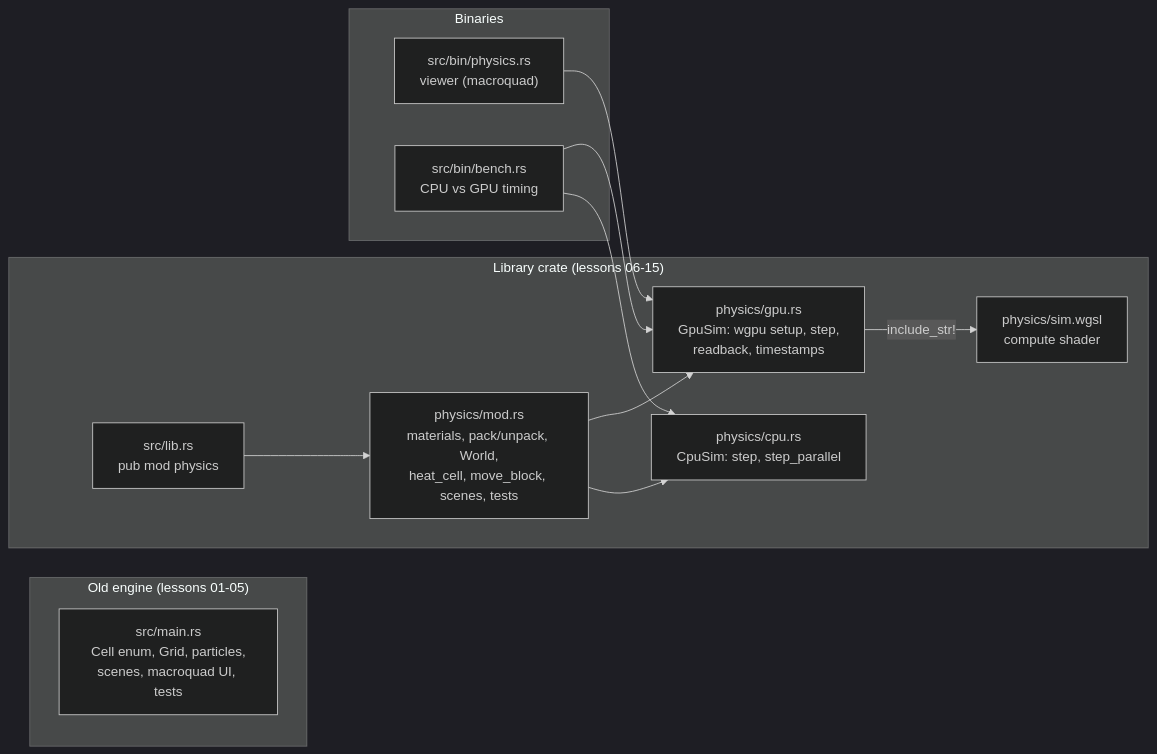
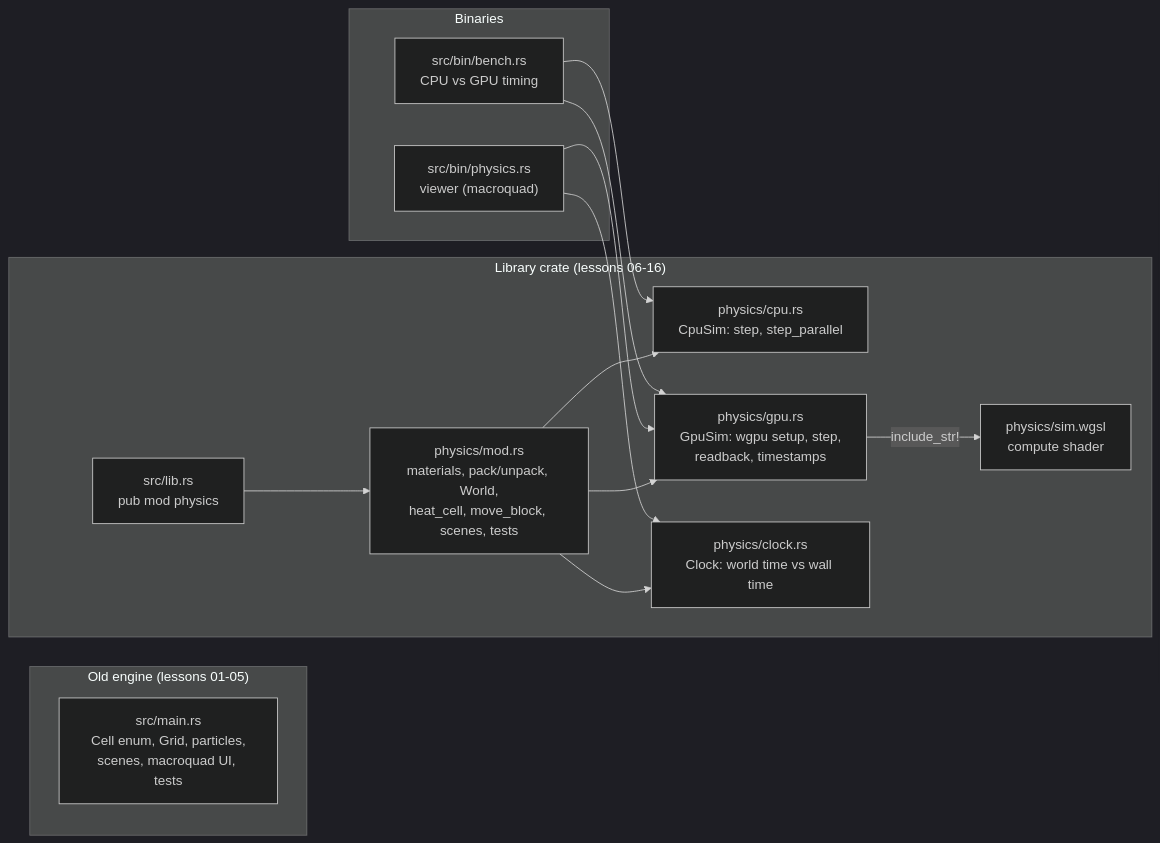
The second of 2 diagrams in docs/lessons/00-index.md (anujbarve/falling-sand-rust), drawn with Mermaid (dark theme) before and after one commit. The commit also changed other lines of this file and 8 other files, not shown here.

First line of the commit message:
docs: lesson 16 (real units, velocity, world clock) and updates for later commits

````diff
--- a/docs/lessons/00-index.md
+++ b/docs/lessons/00-index.md
@@ -142,24 +152,27 @@
 ```mermaid
 graph LR
   subgraph old["Old engine (lessons 01-05)"]
     MAIN["src/main.rs<br/>Cell enum, Grid, particles,<br/>scenes, macroquad UI, tests"]
   end
-  subgraph lib["Library crate (lessons 06-15)"]
+  subgraph lib["Library crate (lessons 06-16)"]
     LIBRS["src/lib.rs<br/>pub mod physics"]
     MOD["physics/mod.rs<br/>materials, pack/unpack, World,<br/>heat_cell, move_block, scenes, tests"]
     CPU["physics/cpu.rs<br/>CpuSim: step, step_parallel"]
     GPU["physics/gpu.rs<br/>GpuSim: wgpu setup, step,<br/>readback, timestamps"]
     WGSL["physics/sim.wgsl<br/>compute shader"]
+    CLOCK["physics/clock.rs<br/>Clock: world time vs wall time"]
     LIBRS --> MOD
+    MOD --> CLOCK
     MOD --> CPU
     MOD --> GPU
     GPU -- include_str! --> WGSL
   end
   subgraph bins["Binaries"]
     VIEW["src/bin/physics.rs<br/>viewer (macroquad)"]
     BENCH["src/bin/bench.rs<br/>CPU vs GPU timing"]
   end
   VIEW --> GPU
+  VIEW --> CLOCK
   BENCH --> CPU
   BENCH --> GPU
 ```
````
